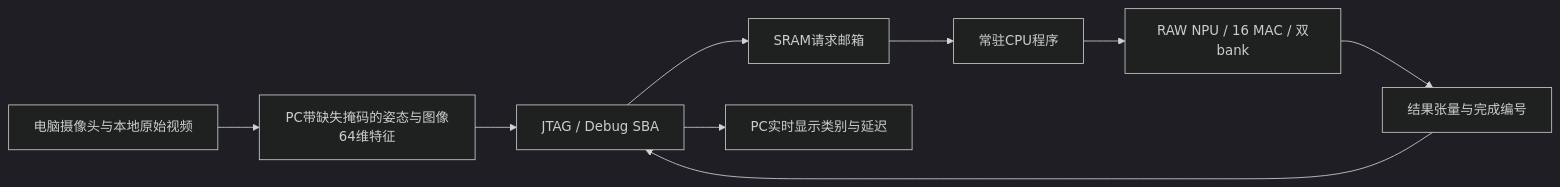
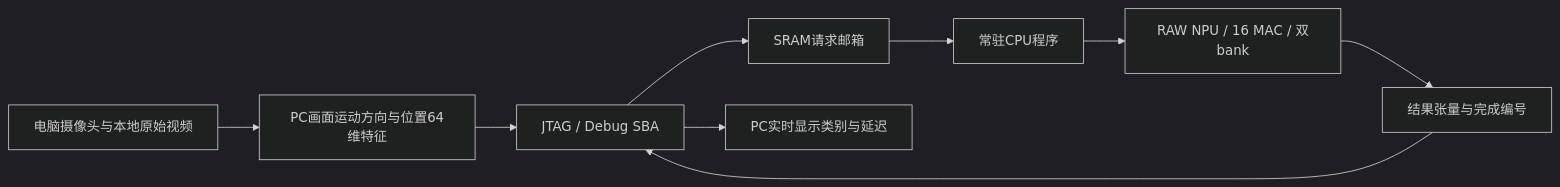
One commit to ChipDesign111/chip_design changed the diagram in fpga/demo/README.md. Above: the diagram before and after it, drawn with Mermaid (dark theme). The commit also changed other lines of this file and 11 other files, not shown here.

````diff
--- a/fpga/demo/README.md
+++ b/fpga/demo/README.md
@@ -5,11 +5,11 @@
 ```mermaid
 flowchart LR
-    A[电脑摄像头与本地原始视频] --> B[PC带缺失掩码的姿态与图像64维特征]
+    A[电脑摄像头与本地原始视频] --> B[PC画面运动方向与位置64维特征]
     B --> C[JTAG / Debug SBA]
     C --> D[SRAM请求邮箱]
     D --> E[常驻CPU程序]
     E --> F[RAW NPU / 16 MAC / 双bank]
     F --> G[结果张量与完成编号]
     G --> C
     C --> H[PC实时显示类别与延迟]
 ```
````
